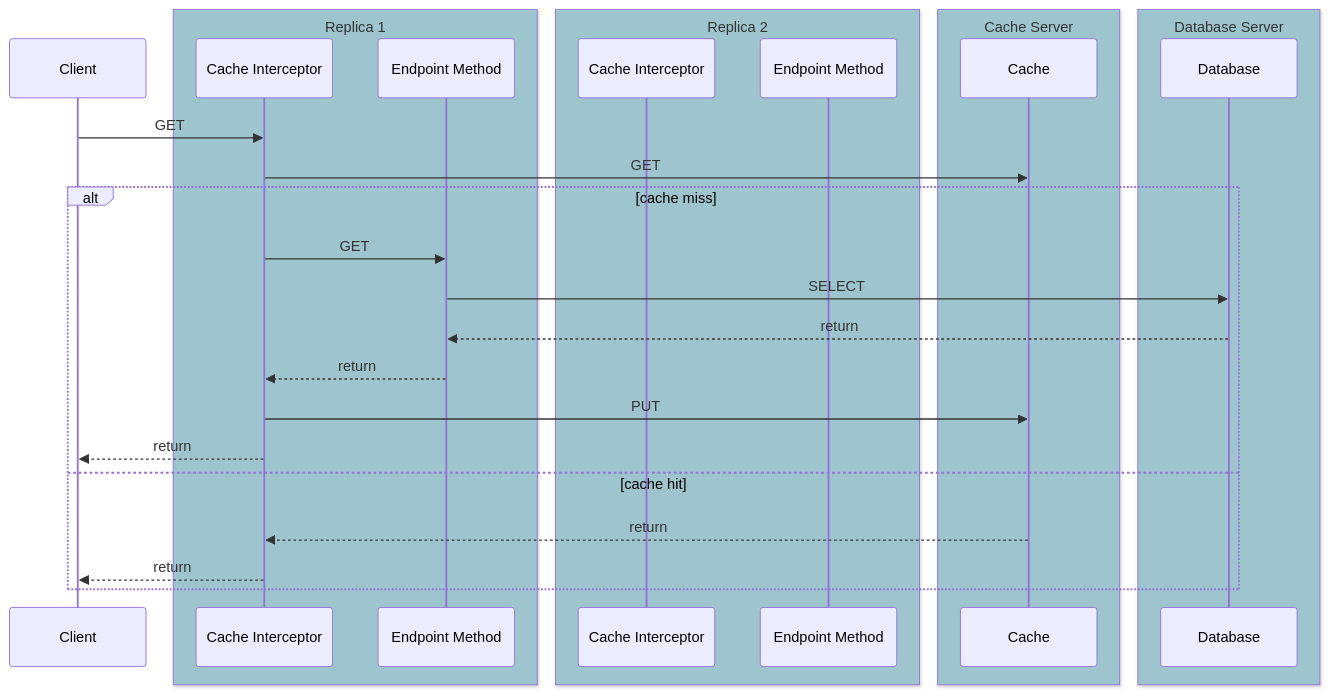
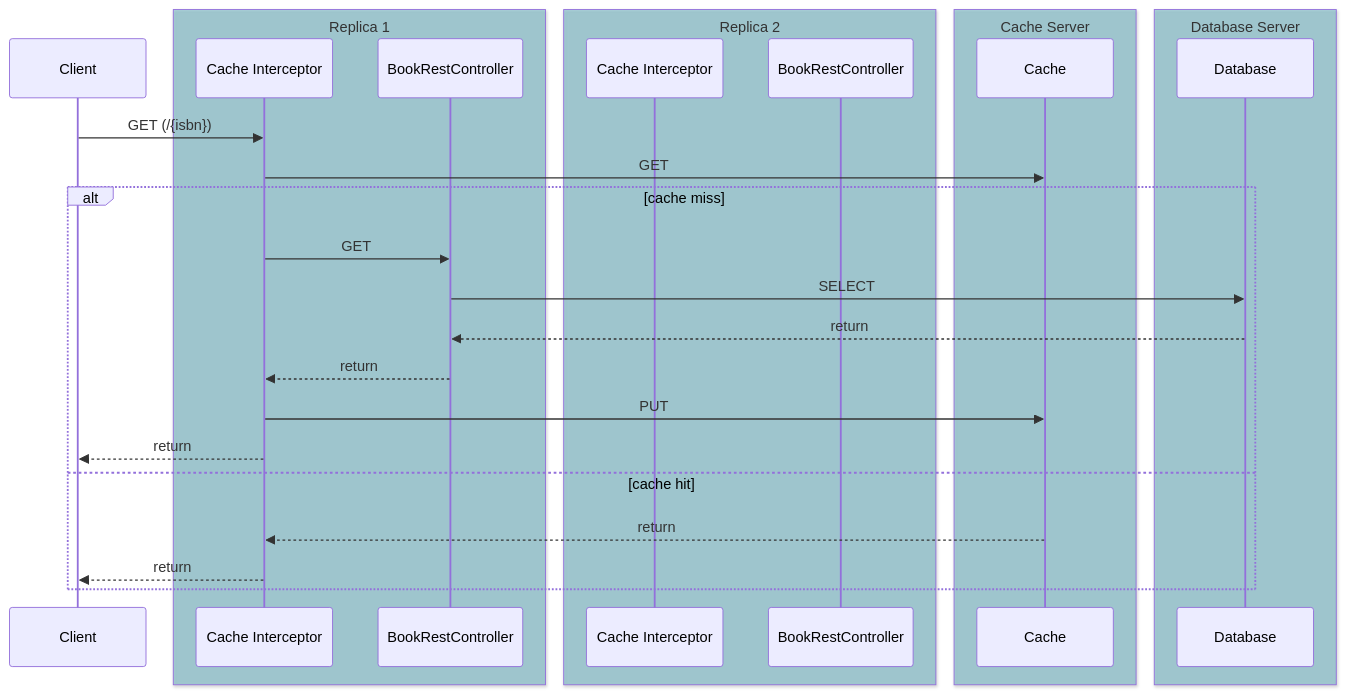
One commit to emacdona/onlispBookClub changed the sixth of 6 diagrams in projects/blog/_posts/2024-06-25-spring-cacheable.markdown. Above: the diagram before and after it, drawn with Mermaid. The commit also changed other lines of this file, not shown here.

Commit message:
Updated second sequence diagram (more detailed)

````diff
--- a/projects/blog/_posts/2024-06-25-spring-cacheable.markdown
+++ b/projects/blog/_posts/2024-06-25-spring-cacheable.markdown
@@ -613,31 +630,31 @@
 ```mermaid!
 sequenceDiagram
 participant B as Client
 box rgba(98, 175, 192, 0.5) Replica 1
 participant CI as Cache Interceptor
-participant EM as Endpoint Method
+participant EM as BookRestController
 end
 box rgba(98, 175, 192, 0.5) Replica 2
 participant CI2 as Cache Interceptor
-participant EM2 as Endpoint Method
+participant EM2 as BookRestController
 end
 box rgba(98, 175, 192, 0.5) Cache Server
 participant C as Cache
 end
 box rgba(98, 175, 192, 0.5) Database Server
 participant DB as Database
 end
-B->>CI: GET
+B->>CI: GET (/{isbn})
 CI->>C: GET
 alt cache miss
 CI->>EM: GET
 EM->>DB:SELECT
 DB-->>EM: return
 EM-->>CI: return
 CI->>C: PUT
 CI-->>B: return
 else cache hit
 C-->>CI: return
 CI-->>B: return
 end
 ```
````
